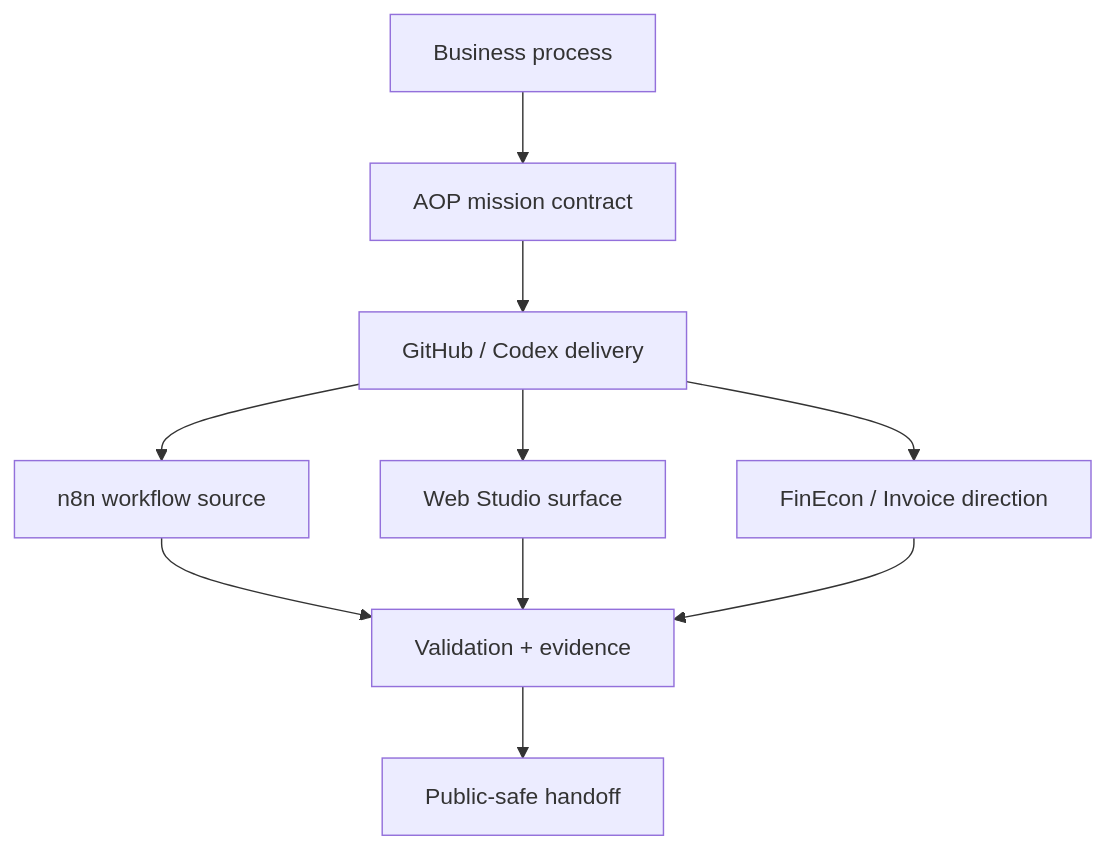
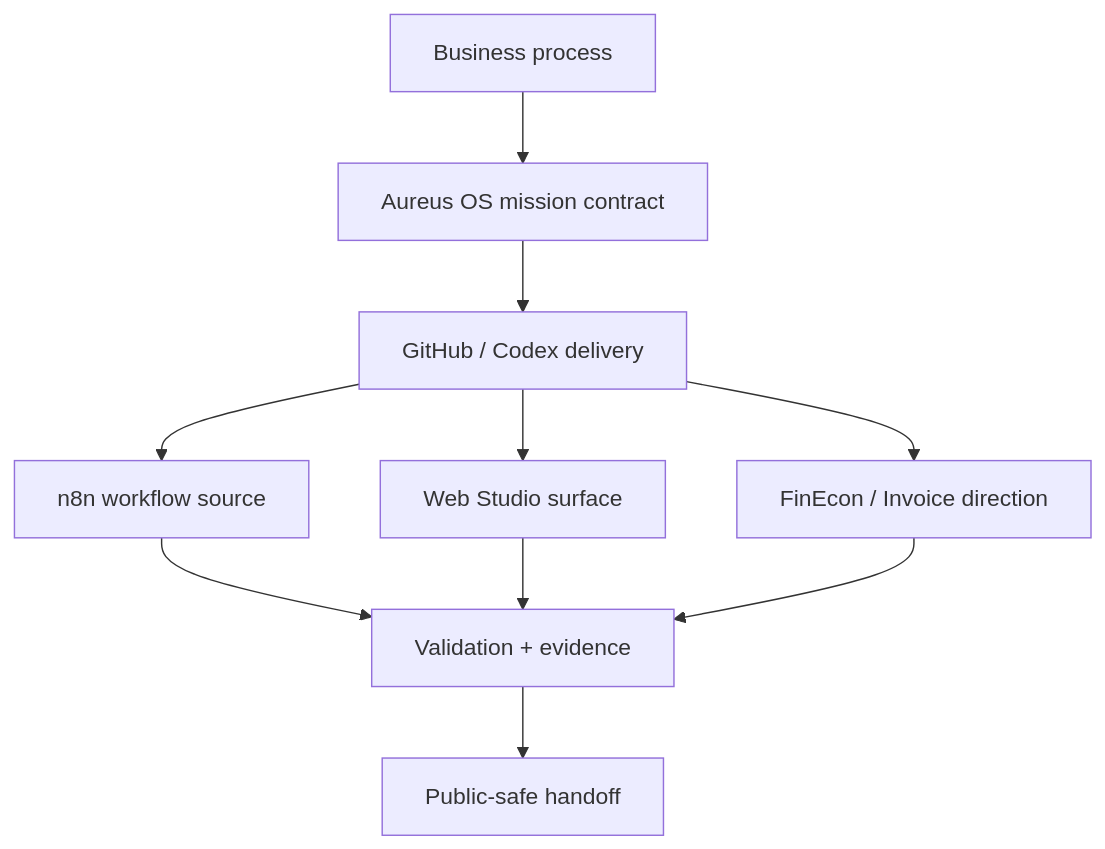
The first of 2 diagrams in docs/system/solution-architecture.md (Aureus-Automation-Lab/Aureus-Automation-Lab), drawn with Mermaid before and after one commit. The commit also changed other lines of this file and 31 other files, not shown here.

````diff
--- a/docs/system/solution-architecture.md
+++ b/docs/system/solution-architecture.md
@@ -19,12 +21,12 @@
 ```mermaid
 flowchart TD
-    A[Business process] --> B[AOP mission contract]
+    A[Business process] --> B[Aureus OS mission contract]
     B --> C[GitHub / Codex delivery]
     C --> D[n8n workflow source]
     C --> E[Web Studio surface]
     C --> F[FinEcon / Invoice direction]
     D --> G[Validation + evidence]
     E --> G
     F --> G
     G --> H[Public-safe handoff]
 ```
````
